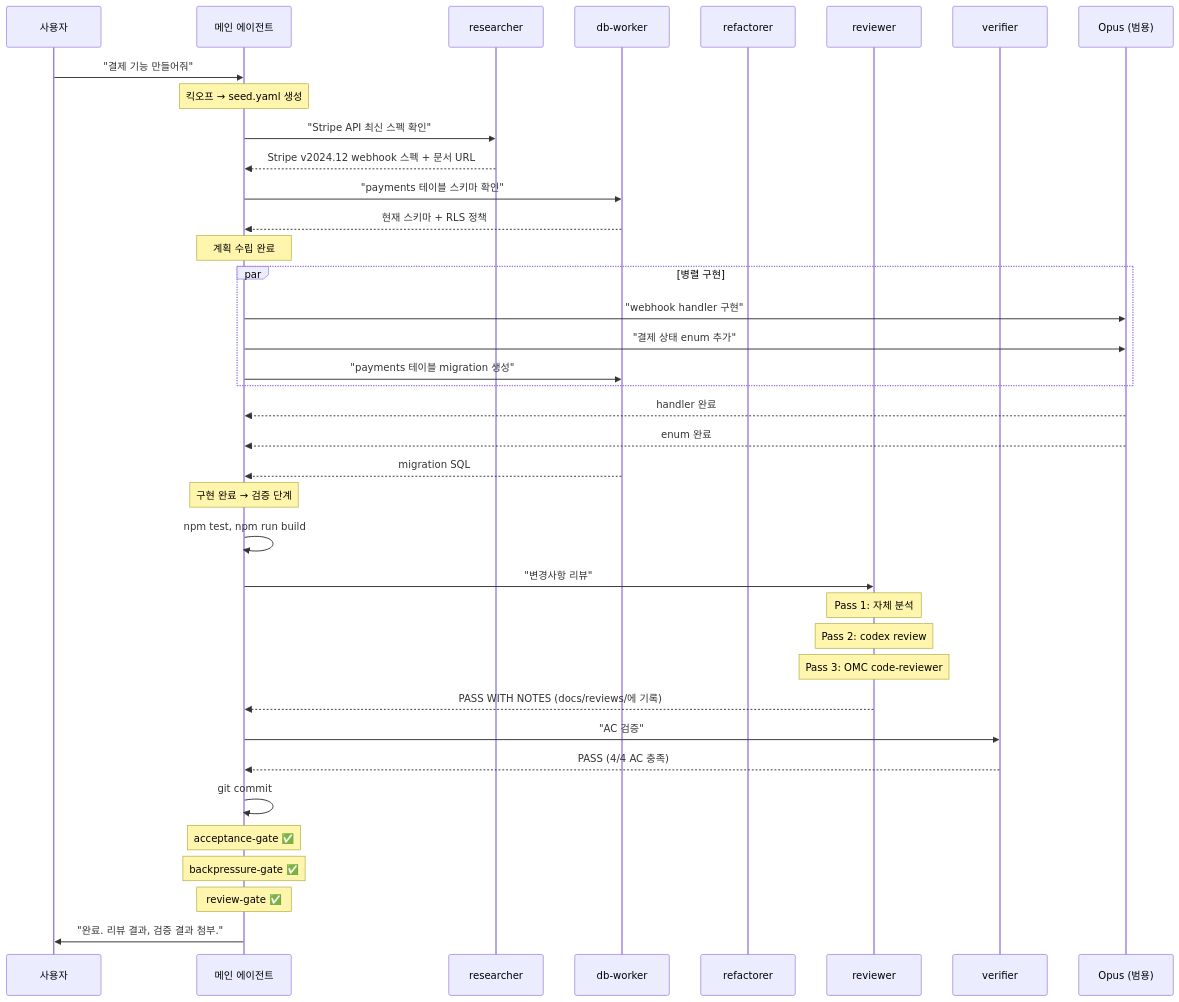
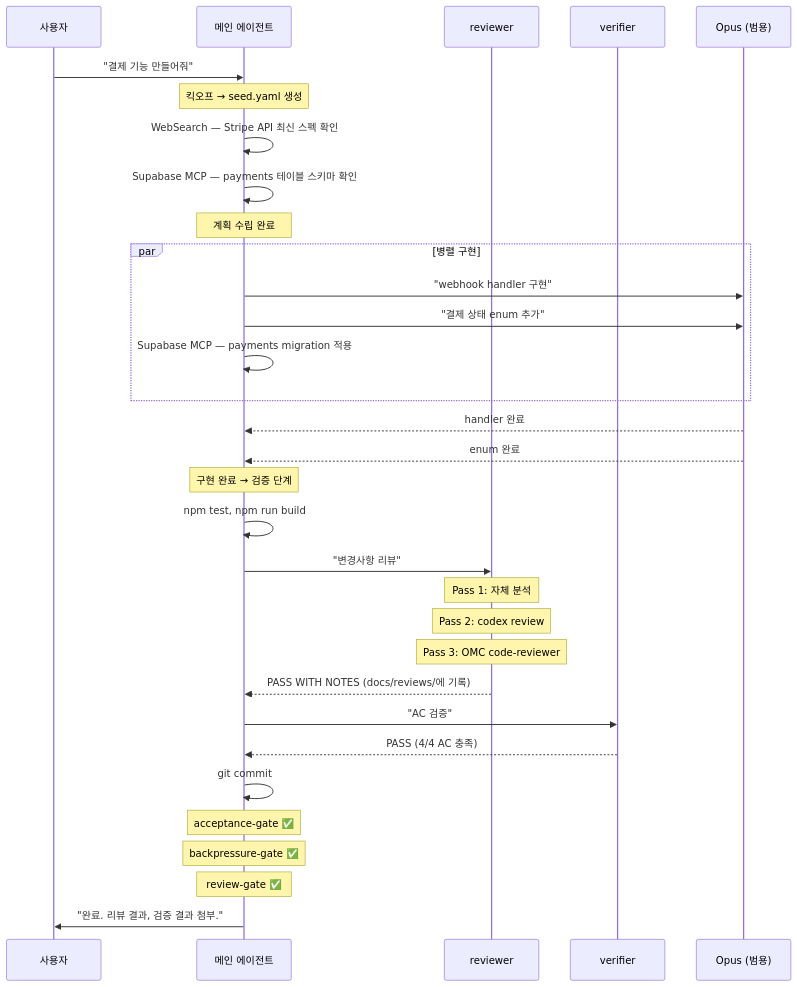
Before and after one commit to rae-hugo-kim/claude: the third of 3 diagrams in docs/architecture/workflow-lifecycle.md, drawn with Mermaid. The commit also changed other lines of this file and 22 other files, not shown here.

````diff
--- a/docs/architecture/workflow-lifecycle.md
+++ b/docs/architecture/workflow-lifecycle.md
@@ -238,51 +241,44 @@
 ```mermaid
 sequenceDiagram
     participant U as 사용자
     participant M as 메인 에이전트
-    participant R as researcher
-    participant DB as db-worker
-    participant RF as refactorer
     participant RV as reviewer
     participant VF as verifier
     participant OE as Opus (범용)
 
     U->>M: "결제 기능 만들어줘"
     Note over M: 킥오프 → seed.yaml 생성
 
-    M->>R: "Stripe API 최신 스펙 확인"
-    R-->>M: Stripe v2024.12 webhook 스펙 + 문서 URL
-
-    M->>DB: "payments 테이블 스키마 확인"
-    DB-->>M: 현재 스키마 + RLS 정책
+    M->>M: WebSearch — Stripe API 최신 스펙 확인
+    M->>M: Supabase MCP — payments 테이블 스키마 확인
 
     Note over M: 계획 수립 완료
 
     par 병렬 구현
         M->>OE: "webhook handler 구현"
         M->>OE: "결제 상태 enum 추가"
-        M->>DB: "payments 테이블 migration 생성"
+        M->>M: Supabase MCP — payments migration 적용
     end
     OE-->>M: handler 완료
     OE-->>M: enum 완료
-    DB-->>M: migration SQL
 
     Note over M: 구현 완료 → 검증 단계
 
     M->>M: npm test, npm run build
 
     M->>RV: "변경사항 리뷰"
     Note over RV: Pass 1: 자체 분석
     Note over RV: Pass 2: codex review
     Note over RV: Pass 3: OMC code-reviewer
     RV-->>M: PASS WITH NOTES (docs/reviews/에 기록)
 
     M->>VF: "AC 검증"
     VF-->>M: PASS (4/4 AC 충족)
 
     M->>M: git commit
     Note over M: acceptance-gate ✅
     Note over M: backpressure-gate ✅
     Note over M: review-gate ✅
 
     M->>U: "완료. 리뷰 결과, 검증 결과 첨부."
 ```
````
